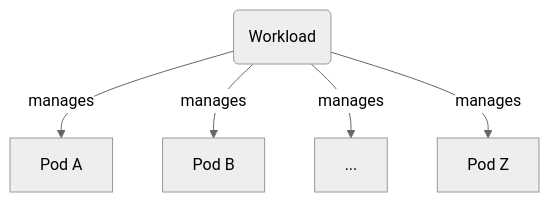
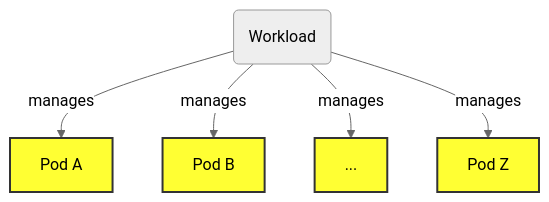
The first of 3 diagrams in content/020_deploy_pod_fleet/_index.md (amcginlay/k8s-primer), drawn with Mermaid (neutral theme) before and after one commit. The commit also changed other lines of this file, not shown here.

```diff
--- a/content/020_deploy_pod_fleet/_index.md
+++ b/content/020_deploy_pod_fleet/_index.md
@@ -21,7 +21,9 @@
 {{< mermaid >}}
 graph TB
 deployment(Workload)-->|manages|podA[Pod A]
 deployment-->|manages|podB[Pod B]
 deployment-->|manages|podM[...]
 deployment-->|manages|podZ[Pod Z]
+classDef yellow fill:#ff3,stroke:#333,stroke-width:2px;
+class podA,podB,podM,podZ yellow;
 {{< /mermaid >}}
```
